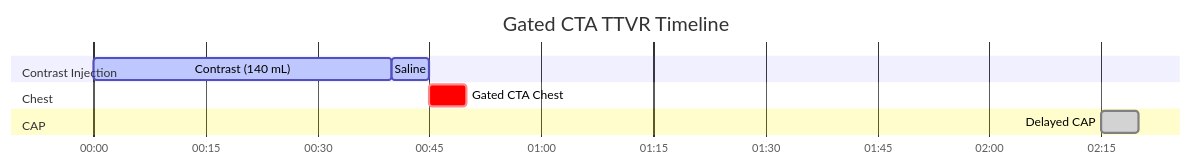
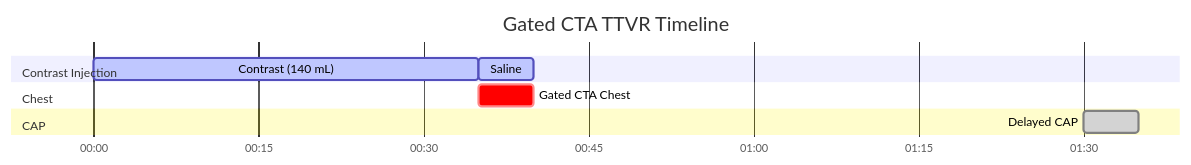
The diagram in docs/ct/cardiac/gated-cta-ttvr.md (dfergs93/radiology-protocols), drawn with Mermaid before and after one commit. The commit also changed other lines of this file and 85 other files, not shown here.

Commit message:
Regenerate protocol markdown files with acquisition-diagram placeholder

````diff
--- a/docs/ct/cardiac/gated-cta-ttvr.md
+++ b/docs/ct/cardiac/gated-cta-ttvr.md
@@ -87,20 +86,20 @@
   ```mermaid
   ---
   displayMode: compact
   config:
     theme: default
     themeCSS: " #Saline{ fill: #4ed5ff; stroke: #2094f3; } "
   ---
     gantt
       title Gated CTA TTVR Timeline
       dateFormat mm:ss
       axisFormat %M:%S 
       
       section Contrast Injection
-      Contrast (140 mL)    :active, contrast, 00:00, 40s
+      Contrast (140 mL)    :active, contrast, 00:00, 35s
       Saline          :active, saline, after contrast, 5s
       section Chest
-      Gated CTA Chest    :crit, scan1, after saline, 5s
+      Gated CTA Chest    :crit, scan1, after contrast, 5s
       section CAP
-      Delayed CAP    :done, scan2, 02:15, 5s
+      Delayed CAP    :done, scan2, 01:30, 5s
   ```
````
